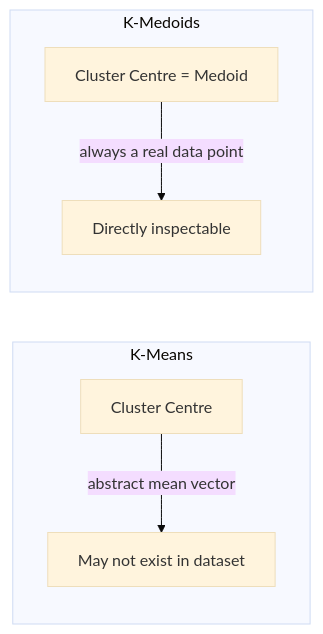
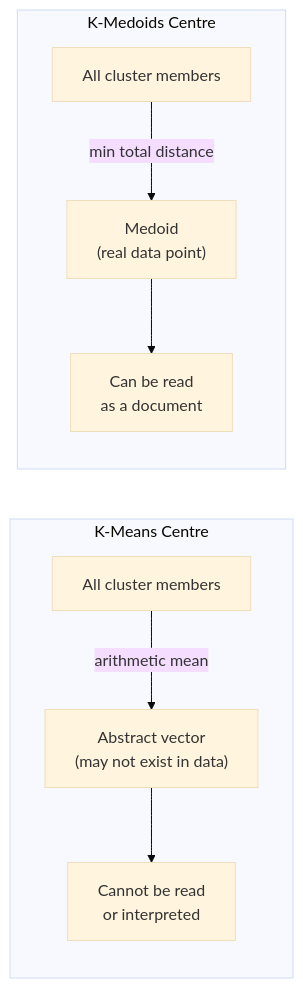
Before and after one commit to hkevin01/kmedoids-hf-clustering: the fourth of 7 diagrams in README.md, drawn with Mermaid (base theme). The commit also changed other lines of this file, not shown here.

````diff
--- a/README.md
+++ b/README.md
@@ -234,9 +336,12 @@
 ```mermaid
 graph LR
-    subgraph K-Means
-        KM1[Cluster Centre] -->|abstract mean vector| KM2[May not exist in dataset]
+    subgraph "K-Means Centre"
+        KM1["All cluster members"] -->|"arithmetic mean"| KM2["Abstract vector\n(may not exist in data)"]
+        KM2 --> KM3["Cannot be read\nor interpreted"]
     end
-    subgraph K-Medoids
-        KD1[Cluster Centre = Medoid] -->|always a real data point| KD2[Directly inspectable]
+
+    subgraph "K-Medoids Centre"
+        KD1["All cluster members"] -->|"min total distance"| KD2["Medoid\n(real data point)"]
+        KD2 --> KD3["Can be read\nas a document"]
     end
 ```
````
